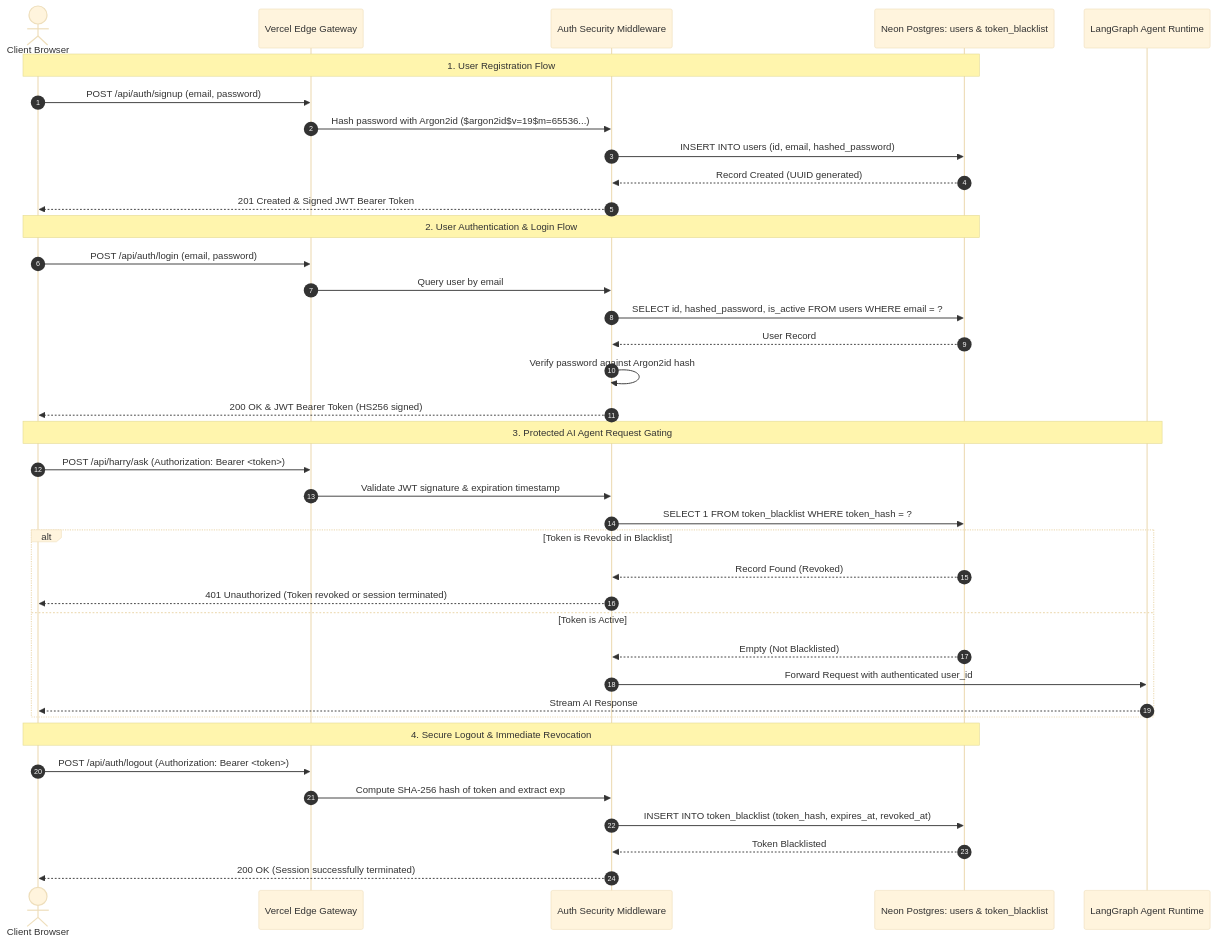
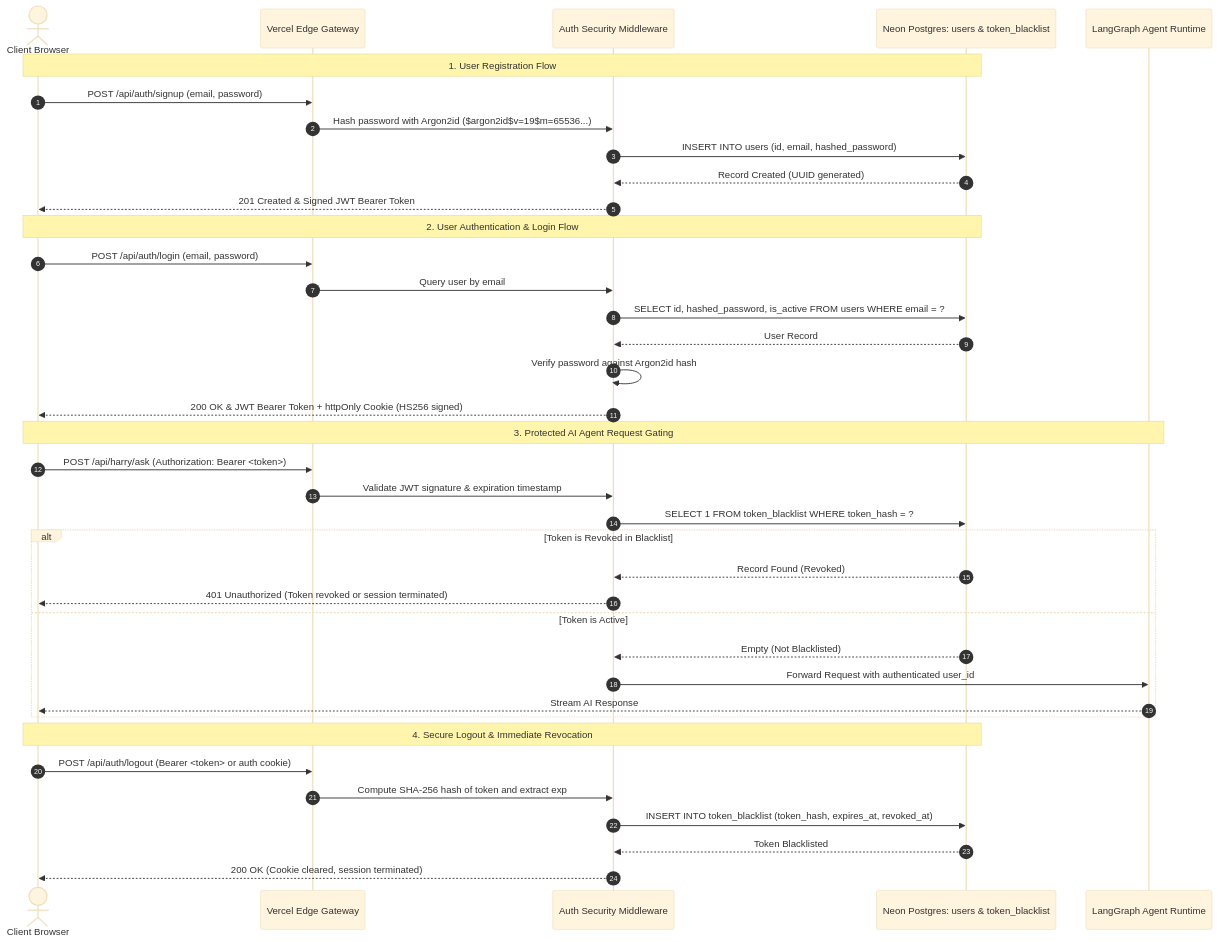
One commit to ambideXtrous9/portfolio-agent changed the third of 6 diagrams in README.md. Above: the diagram before and after it, drawn with Mermaid (base theme). The commit also changed other lines of this file, not shown here.

First line of the commit message:
docs(readme): reflect security overhaul — cookie auth, rate limiting, webhook hardening, CI gates

````diff
--- a/README.md
+++ b/README.md
@@ -273,44 +275,44 @@
 ```mermaid
 sequenceDiagram
     autonumber
     actor User as Client Browser
     participant Edge as Vercel Edge Gateway
     participant Auth as Auth Security Middleware
     participant NeonAuth as Neon Postgres: users & token_blacklist
     participant Agent as LangGraph Agent Runtime
 
     Note over User,NeonAuth: 1. User Registration Flow
     User->>Edge: POST /api/auth/signup (email, password)
     Edge->>Auth: Hash password with Argon2id ($argon2id$v=19$m=65536...)
     Auth->>NeonAuth: INSERT INTO users (id, email, hashed_password)
     NeonAuth-->>Auth: Record Created (UUID generated)
     Auth-->>User: 201 Created & Signed JWT Bearer Token
 
     Note over User,NeonAuth: 2. User Authentication & Login Flow
     User->>Edge: POST /api/auth/login (email, password)
     Edge->>Auth: Query user by email
     Auth->>NeonAuth: SELECT id, hashed_password, is_active FROM users WHERE email = ?
     NeonAuth-->>Auth: User Record
     Auth->>Auth: Verify password against Argon2id hash
-    Auth-->>User: 200 OK & JWT Bearer Token (HS256 signed)
+    Auth-->>User: 200 OK & JWT Bearer Token + httpOnly Cookie (HS256 signed)
 
     Note over User,Agent: 3. Protected AI Agent Request Gating
     User->>Edge: POST /api/harry/ask (Authorization: Bearer <token>)
     Edge->>Auth: Validate JWT signature & expiration timestamp
     Auth->>NeonAuth: SELECT 1 FROM token_blacklist WHERE token_hash = ?
     alt Token is Revoked in Blacklist
         NeonAuth-->>Auth: Record Found (Revoked)
         Auth-->>User: 401 Unauthorized (Token revoked or session terminated)
     else Token is Active
         NeonAuth-->>Auth: Empty (Not Blacklisted)
         Auth->>Agent: Forward Request with authenticated user_id
         Agent-->>User: Stream AI Response
     end
 
     Note over User,NeonAuth: 4. Secure Logout & Immediate Revocation
-    User->>Edge: POST /api/auth/logout (Authorization: Bearer <token>)
+    User->>Edge: POST /api/auth/logout (Bearer <token> or auth cookie)
     Edge->>Auth: Compute SHA-256 hash of token and extract exp
     Auth->>NeonAuth: INSERT INTO token_blacklist (token_hash, expires_at, revoked_at)
     NeonAuth-->>Auth: Token Blacklisted
-    Auth-->>User: 200 OK (Session successfully terminated)
+    Auth-->>User: 200 OK (Cookie cleared, session terminated)
 ```
````
